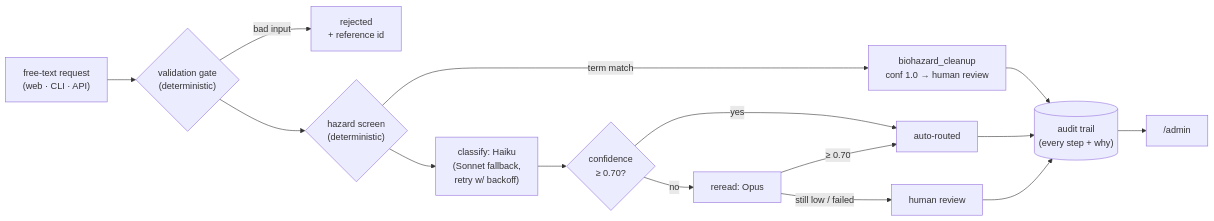
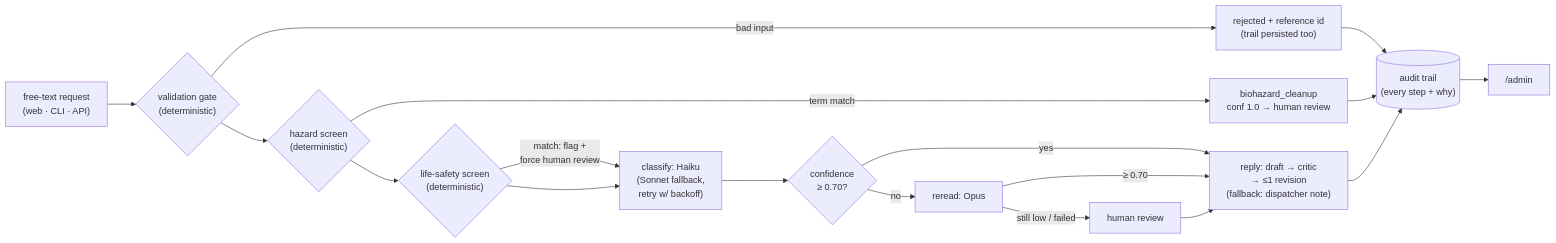
Before and after one commit to aeicher5/restoration-intake-agent: the diagram in README.md, drawn with Mermaid. The commit also changed other lines of this file and 2 other files, not shown here.

````diff
--- a/README.md
+++ b/README.md
@@ -32,17 +33,20 @@
 ```mermaid
 flowchart LR
     A["free-text request<br/>(web · CLI · API)"] --> V{"validation gate<br/>(deterministic)"}
-    V -- bad input --> R["rejected<br/>+ reference id"]
+    V -- "bad input" --> R["rejected + reference id<br/>(trail persisted too)"]
     V --> H{"hazard screen<br/>(deterministic)"}
     H -- "term match" --> HB["biohazard_cleanup<br/>conf 1.0 → human review"]
-    H --> C["classify: Haiku<br/>(Sonnet fallback,<br/>retry w/ backoff)"]
+    H --> LS{"life-safety screen<br/>(deterministic)"}
+    LS -- "match: flag +<br/>force human review" --> C
+    LS --> C["classify: Haiku<br/>(Sonnet fallback,<br/>retry w/ backoff)"]
     C --> G{"confidence<br/>≥ 0.70?"}
-    G -- yes --> OK["auto-routed"]
+    G -- yes --> RE
     G -- no --> O["reread: Opus"]
-    O -- "≥ 0.70" --> OK
+    O -- "≥ 0.70" --> RE
     O -- "still low / failed" --> HU["human review"]
+    HU --> RE["reply: draft → critic<br/>→ ≤1 revision<br/>(fallback: dispatcher note)"]
     HB --> T[("audit trail<br/>(every step + why)")]
-    OK --> T
-    HU --> T
+    R --> T
+    RE --> T
     T --> AD["/admin"]
 ```
````
